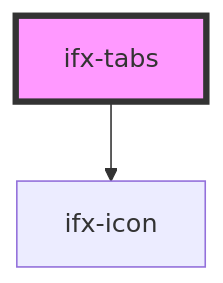
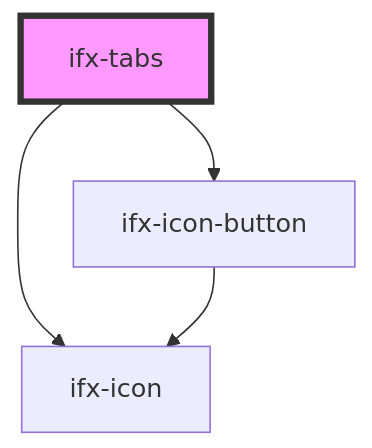
Before and after one commit to Infineon/infineon-design-system-stencil: the diagram in packages/components/src/components/tabs/readme.md, drawn with Mermaid. The commit also changed other lines of this file and 3 other files, not shown here.

````diff
--- a/packages/components/src/components/tabs/readme.md
+++ b/packages/components/src/components/tabs/readme.md
@@ -31,5 +32,7 @@
 ```mermaid
 graph TD;
+  ifx-tabs --> ifx-icon-button
   ifx-tabs --> ifx-icon
+  ifx-icon-button --> ifx-icon
   style ifx-tabs fill:#f9f,stroke:#333,stroke-width:4px
 ```
````
